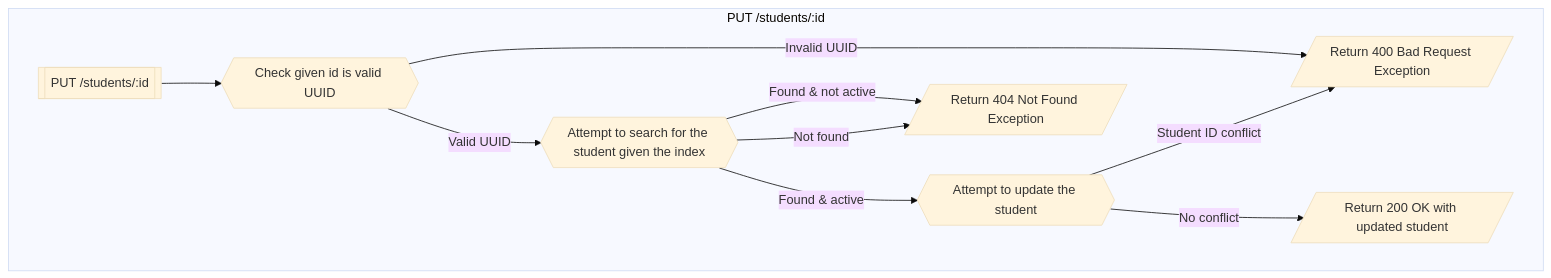
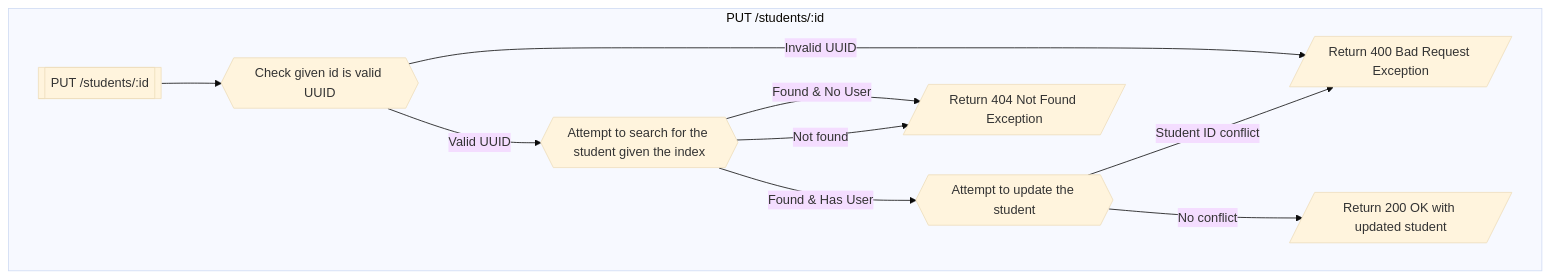
Before and after one commit to project-sight-words/sw-backend: the fifth of 5 diagrams in docs/api-flow.md, drawn with Mermaid (base theme). The commit also changed other lines of this file, not shown here.

Commit message:
Change docs wording to be more specific

````diff
--- a/docs/api-flow.md
+++ b/docs/api-flow.md
@@ -122,13 +122,13 @@
 ```mermaid
 flowchart TD
   subgraph PUT /students/:id
     put[[PUT /students/:id]] --> check{{Check given id is valid UUID}}
     check -- Invalid UUID --> error[/Return 400 Bad Request Exception/]
     check -- Valid UUID --> retrieve{{Attempt to search for the student given the index}}
-    retrieve -- Found & not active --> not_found[/Return 404 Not Found Exception/]
+    retrieve -- Found & No User --> not_found[/Return 404 Not Found Exception/]
     retrieve -- Not found --> not_found
-    retrieve -- Found & active --> update{{Attempt to update the student}}
+    retrieve -- Found & Has User --> update{{Attempt to update the student}}
     update -- Student ID conflict --> error
     update -- No conflict --> success[/Return 200 OK with updated student/]
   end
 ```
````
